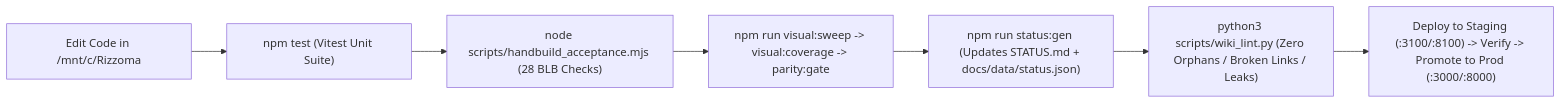
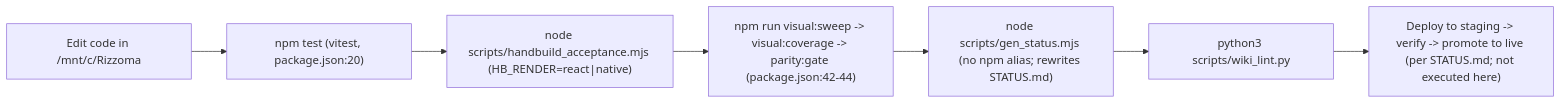
The second of 2 diagrams in wiki/verification/gates-sweeps-and-deployment.md (HCSS-StratBase/rizzoma), drawn with Mermaid before and after one commit. The commit also changed other lines of this file and 17 other files, not shown here.

First line of the commit message:
docs(wiki): whole-repo coverage - generated reference catalogs, coverage gate, legacy screenshot pointer, re-verified five older pages

````diff
--- a/wiki/verification/gates-sweeps-and-deployment.md
+++ b/wiki/verification/gates-sweeps-and-deployment.md
@@ -63,9 +70,9 @@
 ```mermaid
 graph LR
-    EDIT_CODE["Edit Code in /mnt/c/Rizzoma"] --> UNIT_TEST["npm test (Vitest Unit Suite)"]
-    UNIT_TEST --> HANDBUILD["node scripts/handbuild_acceptance.mjs (28 BLB Checks)"]
-    HANDBUILD --> SWEEP["npm run visual:sweep -> visual:coverage -> parity:gate"]
-    SWEEP --> GEN_STAT["npm run status:gen (Updates STATUS.md + docs/data/status.json)"]
-    GEN_STAT --> WIKI_CHK["python3 scripts/wiki_lint.py (Zero Orphans / Broken Links / Leaks)"]
-    WIKI_CHK --> PROMOTE["Deploy to Staging (:3100/:8100) -> Verify -> Promote to Prod (:3000/:8000)"]
+    EDIT_CODE["Edit code in /mnt/c/Rizzoma"] --> UNIT_TEST["npm test (vitest, package.json:20)"]
+    UNIT_TEST --> HANDBUILD["node scripts/handbuild_acceptance.mjs (HB_RENDER=react|native)"]
+    HANDBUILD --> SWEEP["npm run visual:sweep -> visual:coverage -> parity:gate (package.json:42-44)"]
+    SWEEP --> GEN_STAT["node scripts/gen_status.mjs (no npm alias; rewrites STATUS.md)"]
+    GEN_STAT --> WIKI_CHK["python3 scripts/wiki_lint.py"]
+    WIKI_CHK --> PROMOTE["Deploy to staging -> verify -> promote to live (per STATUS.md; not executed here)"]
 ```
````
